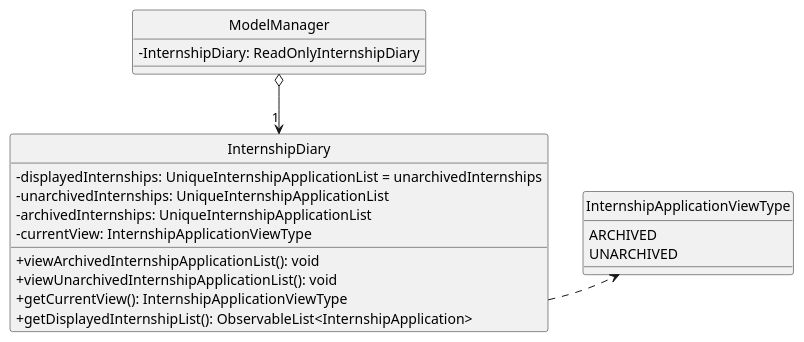
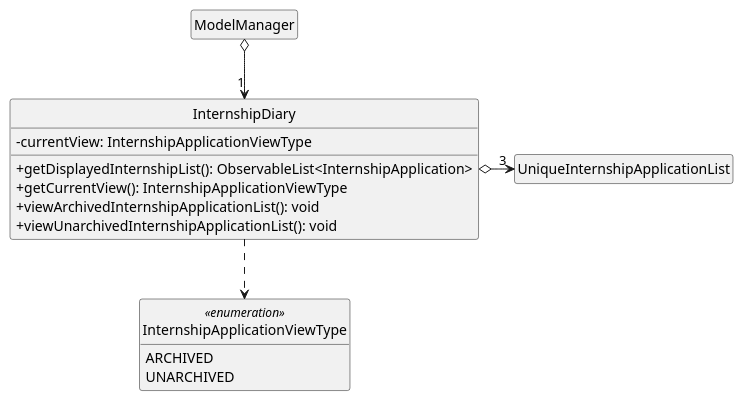
The diagram in docs/diagrams/InternshipDiaryAndModelManagerClassDiagram.puml (wxwxwxwx9/main), drawn with PlantUML before and after one commit. The commit also changed 7 other files, not shown here.

```diff
--- a/docs/diagrams/InternshipDiaryAndModelManagerClassDiagram.puml
+++ b/docs/diagrams/InternshipDiaryAndModelManagerClassDiagram.puml
@@ -1,31 +1,34 @@
 @startuml
 
 hide circle
+hide empty members
 skinparam classAttributeIconSize 0
 
 Class InternshipDiary {
-    - displayedInternships: UniqueInternshipApplicationList = unarchivedInternships
-    - unarchivedInternships: UniqueInternshipApplicationList
-    - archivedInternships: UniqueInternshipApplicationList
+'    - displayedInternships: UniqueInternshipApplicationList = unarchivedInternships
+'    - unarchivedInternships: UniqueInternshipApplicationList
+'    - archivedInternships: UniqueInternshipApplicationList
     - currentView: InternshipApplicationViewType
+    + getDisplayedInternshipList(): ObservableList<InternshipApplication>
+    + getCurrentView(): InternshipApplicationViewType
     + viewArchivedInternshipApplicationList(): void
     + viewUnarchivedInternshipApplicationList(): void
-    + getCurrentView(): InternshipApplicationViewType
-    + getDisplayedInternshipList(): ObservableList<InternshipApplication>
 }
 
 Class ModelManager {
-    - InternshipDiary: ReadOnlyInternshipDiary
 }
 
-enum InternshipApplicationViewType {
+Class UniqueInternshipApplicationList {
+}
+
+enum InternshipApplicationViewType <<enumeration>> {
     ARCHIVED
     UNARCHIVED
 }
 
 ModelManager o--> "1" InternshipDiary
-InternshipDiary ..> InternshipApplicationViewType
+InternshipDiary .down.> InternshipApplicationViewType
+InternshipDiary o-right-> "3" UniqueInternshipApplicationList
 
-InternshipDiary -[hidden]right-> InternshipApplicationViewType
 
 @enduml
```
